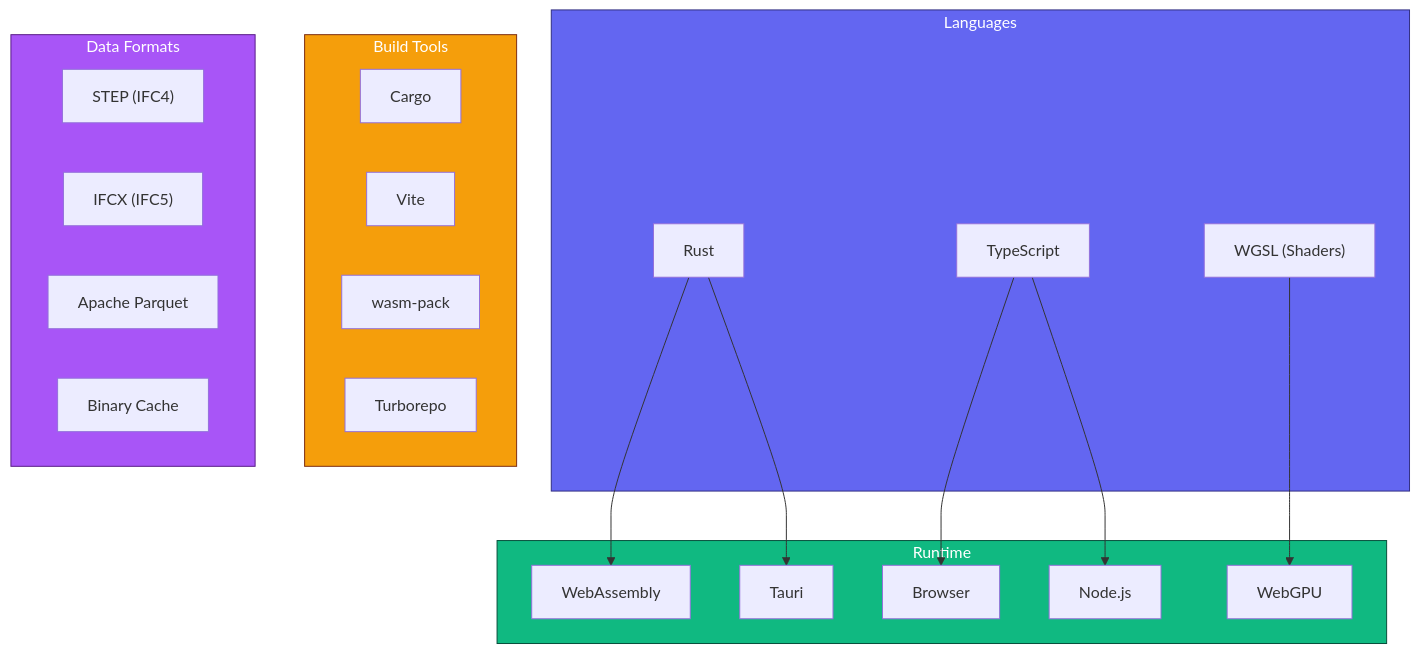
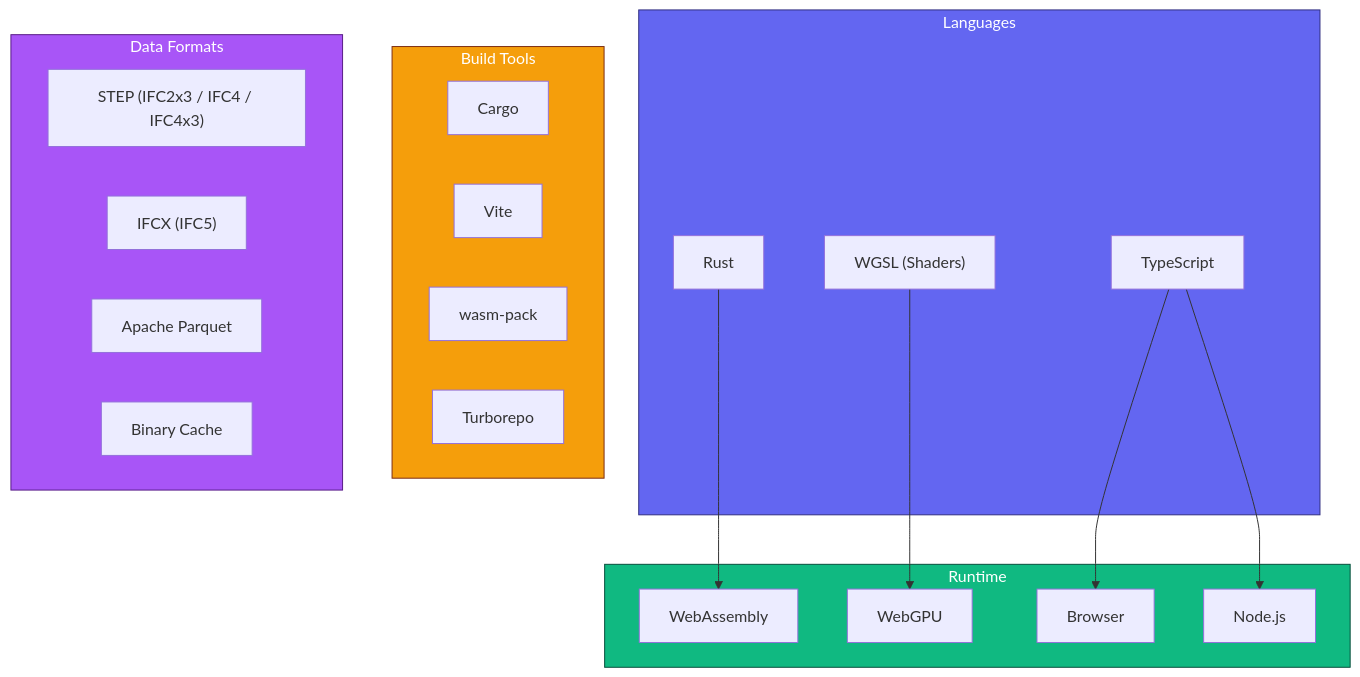
One commit to LTplus-AG/ifc-lite changed diagram 18 of 18 in docs/architecture/overview.md. Above: the diagram before and after it, drawn with Mermaid. The commit also changed other lines of this file and 78 other files, not shown here.

````diff
--- a/docs/architecture/overview.md
+++ b/docs/architecture/overview.md
@@ -628,41 +634,39 @@
 ```mermaid
 graph TB
     subgraph Languages["Languages"]
         Rust["Rust"]
         TS["TypeScript"]
         WGSL["WGSL (Shaders)"]
     end
 
     subgraph Runtime["Runtime"]
         WASM["WebAssembly"]
         WebGPU["WebGPU"]
         Browser["Browser"]
         Node["Node.js"]
-        Tauri["Tauri"]
     end
 
     subgraph Build["Build Tools"]
         Cargo["Cargo"]
         Vite["Vite"]
         WasmPack["wasm-pack"]
         Turborepo["Turborepo"]
     end
 
     subgraph Formats["Data Formats"]
-        STEP["STEP (IFC4)"]
+        STEP["STEP (IFC2x3 / IFC4 / IFC4x3)"]
         IFCX["IFCX (IFC5)"]
         Parquet["Apache Parquet"]
         Cache["Binary Cache"]
     end
 
     Rust --> WASM
-    Rust --> Tauri
     TS --> Browser
     TS --> Node
     WGSL --> WebGPU
 
     style Languages fill:#6366f1,stroke:#312e81,color:#fff
     style Runtime fill:#10b981,stroke:#064e3b,color:#fff
     style Build fill:#f59e0b,stroke:#7c2d12,color:#fff
     style Formats fill:#a855f7,stroke:#581c87,color:#fff
 ```
````
